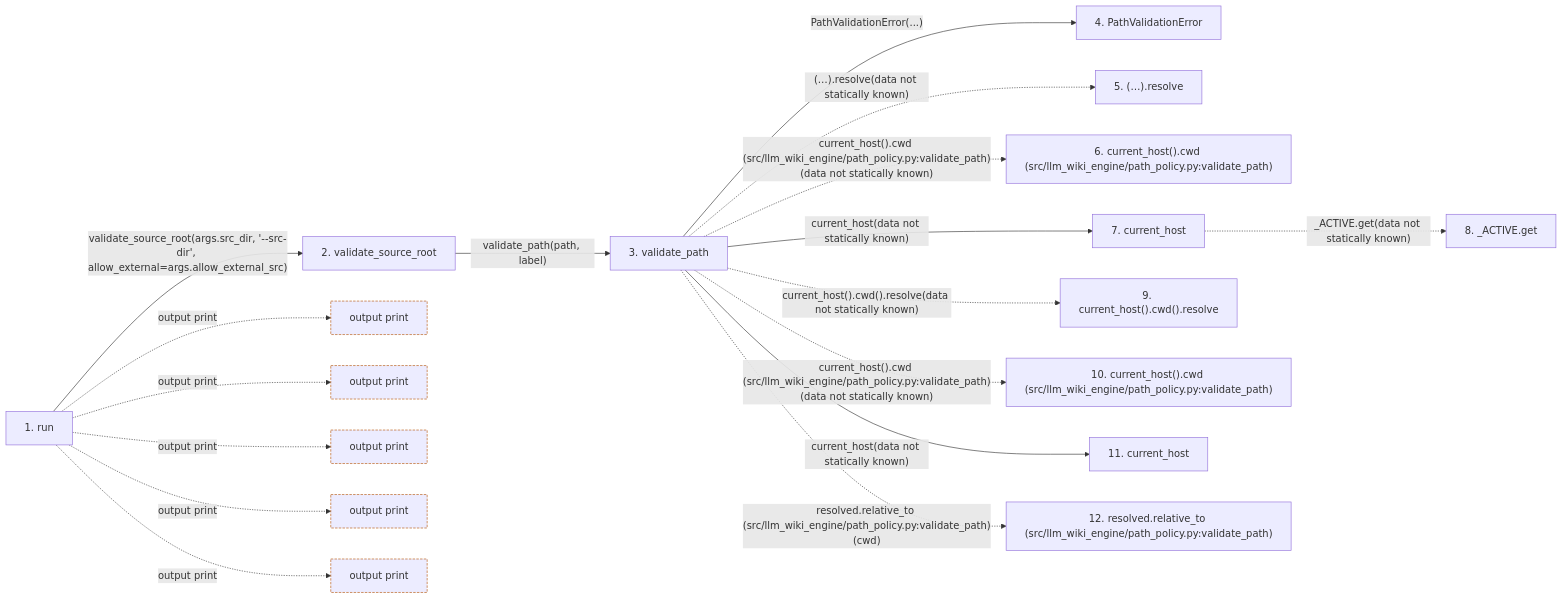
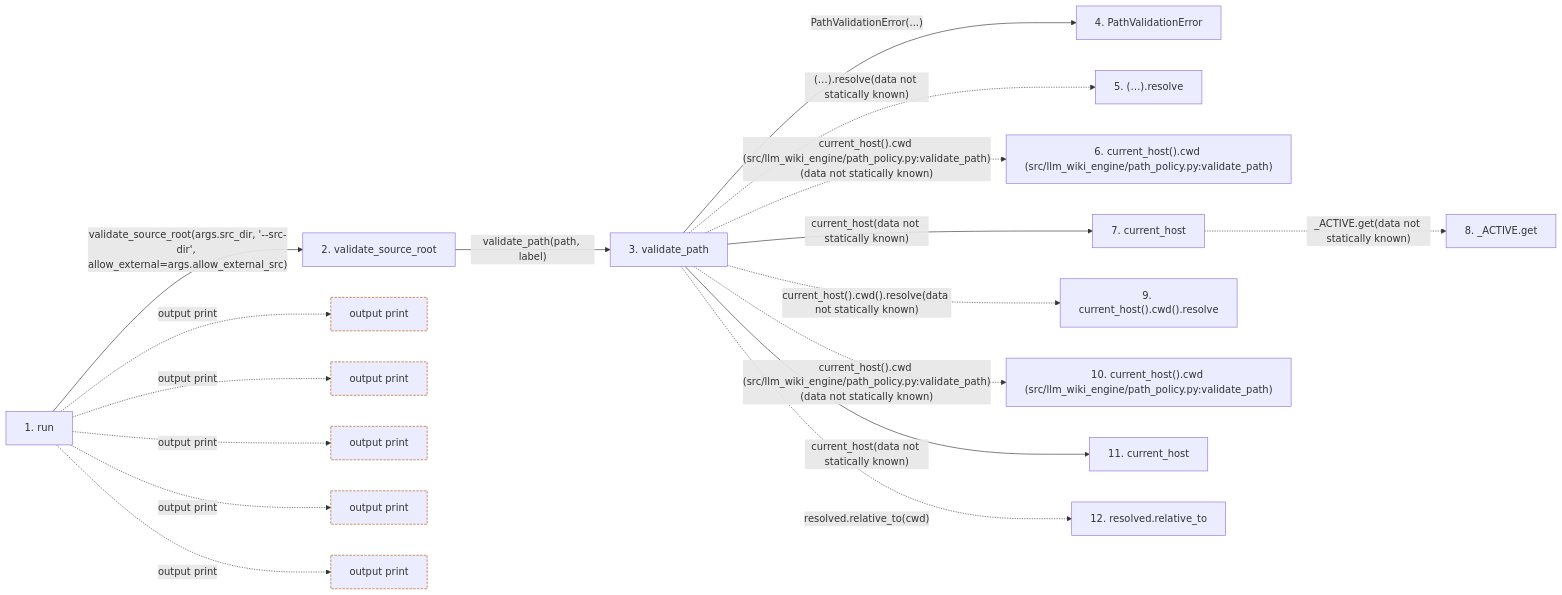
The second of 2 diagrams in docs/llm_wiki/flows/cli-search.md (Denissvgn/python-wiki-llm), drawn with Mermaid before and after one commit. The commit also changed other lines of this file and 648 other files, not shown here.

Commit message:
docs: refresh the wiki for the engine task contract and search

````diff
--- a/docs/llm_wiki/flows/cli-search.md
+++ b/docs/llm_wiki/flows/cli-search.md
@@ -170,48 +165,48 @@
 ```mermaid
 flowchart LR
     s1["1. run"]
     s2["2. validate_source_root"]
     s3["3. validate_path"]
     s4["4. PathValidationError"]
     s5["5. (…).resolve"]
     s6["6. current_host().cwd (src/llm_wiki_engine/path_policy.py:validate_path)"]
     s7["7. current_host"]
     s8["8. _ACTIVE.get"]
     s9["9. current_host().cwd().resolve"]
     s10["10. current_host().cwd (src/llm_wiki_engine/path_policy.py:validate_path)"]
     s11["11. current_host"]
-    s12["12. resolved.relative_to (src/llm_wiki_engine/path_policy.py:validate_path)"]
+    s12["12. resolved.relative_to"]
     s1 -->|"validate_source_root(args.src_dir, '--src-dir', allow_external=args.allow_external_src)"| s2
     s2 -->|"validate_path(path, label)"| s3
     s3 -->|"PathValidationError(...)"| s4
     s3 -. "(…).resolve(data not statically known)" .-> s5
     s3 -. "current_host().cwd (src/llm_wiki_engine/path_policy.py:validate_path)(data not statically known)" .-> s6
     s3 -->|"current_host(data not statically known)"| s7
     s7 -. "_ACTIVE.get(data not statically known)" .-> s8
     s3 -. "current_host().cwd().resolve(data not statically known)" .-> s9
     s3 -. "current_host().cwd (src/llm_wiki_engine/path_policy.py:validate_path)(data not statically known)" .-> s10
     s3 -->|"current_host(data not statically known)"| s11
-    s3 -. "resolved.relative_to (src/llm_wiki_engine/path_policy.py:validate_path)(cwd)" .-> s12
+    s3 -. "resolved.relative_to(cwd)" .-> s12
     b0["output print"]
     s1 -. "output print" .-> b0
     b1["output print"]
     s1 -. "output print" .-> b1
     b2["output print"]
     s1 -. "output print" .-> b2
     b3["output print"]
     s1 -. "output print" .-> b3
     b4["output print"]
     s1 -. "output print" .-> b4
     click s1 "../modules/search_cmd.md"
     click s2 "../modules/path_policy.md"
     click s3 "../modules/path_policy.md"
     click s4 "../modules/path_policy.md"
     click s7 "../modules/host.md"
     click s11 "../modules/host.md"
     classDef boundary stroke:#b45309,stroke-dasharray: 4 2
     class b0 boundary
     class b1 boundary
     class b2 boundary
     class b3 boundary
     class b4 boundary
 ```
````
